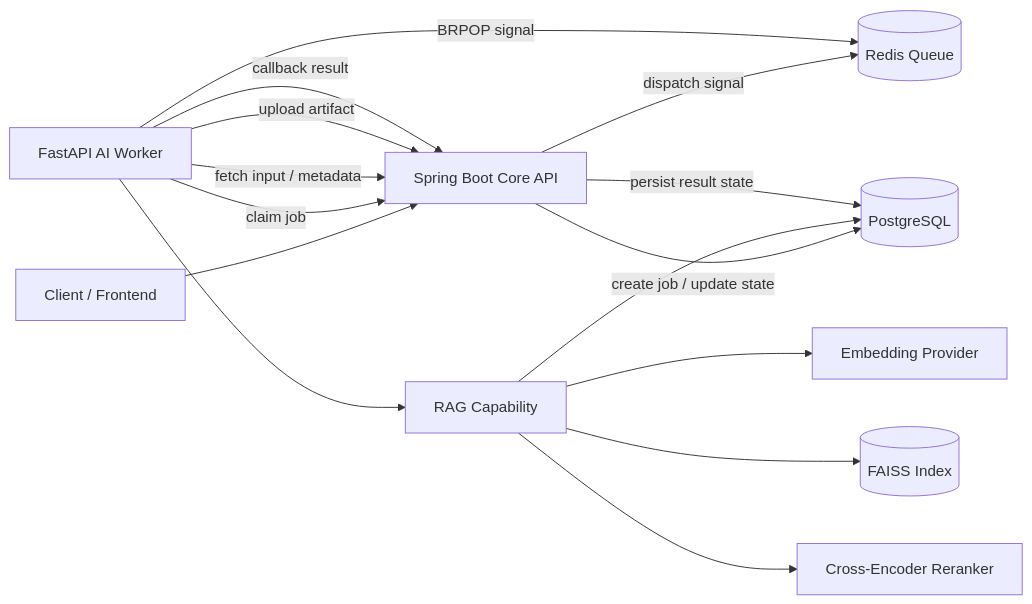
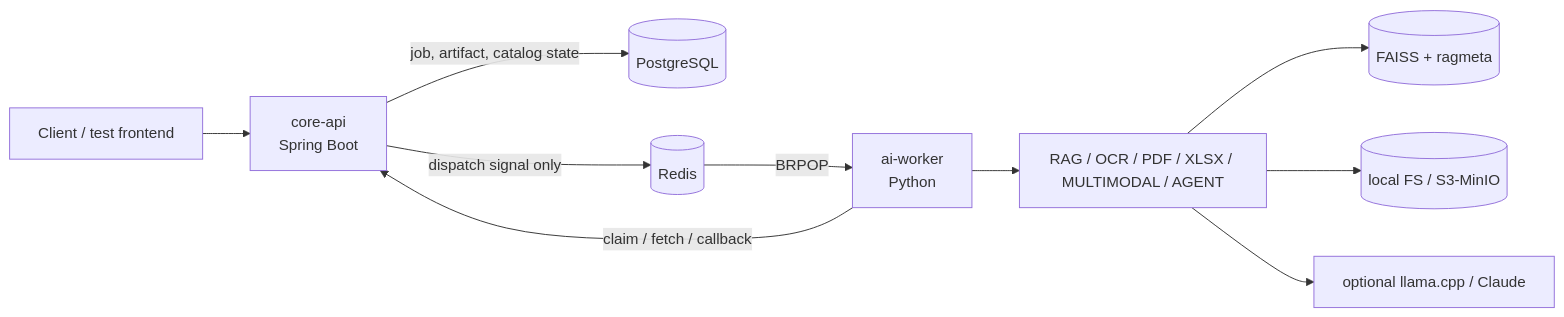
The diagram in README.md (sfr9802/async-ai-document-pipeline-with-domain-rag), drawn with Mermaid before and after one commit. The commit also changed other lines of this file and 2 other files, not shown here.

Commit message:
docs: refresh RAG ingestion README coverage

````diff
--- a/README.md
+++ b/README.md
@@ -64,21 +43,12 @@
 ```mermaid
 flowchart LR
-    Client[Client / Frontend] --> Core[Spring Boot Core API]
-
-    Core -->|create job / update state| DB[(PostgreSQL)]
-    Core -->|dispatch signal| Redis[(Redis Queue)]
-
-    Worker[FastAPI AI Worker] -->|BRPOP signal| Redis
-    Worker -->|claim job| Core
-    Worker -->|fetch input / metadata| Core
-
-    Worker --> RAG[RAG Capability]
-    RAG --> Embed[Embedding Provider]
-    RAG --> FAISS[(FAISS Index)]
-    RAG --> Reranker[Cross-Encoder Reranker]
-    RAG --> DB
-
-    Worker -->|upload artifact| Core
-    Worker -->|callback result| Core
-    Core -->|persist result state| DB
+    Client[Client / test frontend] --> Core[core-api<br/>Spring Boot]
+    Core -->|job, artifact, catalog state| DB[(PostgreSQL)]
+    Core -->|dispatch signal only| Redis[(Redis)]
+    Redis -->|BRPOP| Worker[ai-worker<br/>Python]
+    Worker -->|claim / fetch / callback| Core
+    Worker --> Capabilities[RAG / OCR / PDF / XLSX / MULTIMODAL / AGENT]
+    Capabilities --> Index[(FAISS + ragmeta)]
+    Capabilities --> Storage[(local FS / S3-MinIO)]
+    Capabilities --> LLM[optional llama.cpp / Claude]
 ```
````
